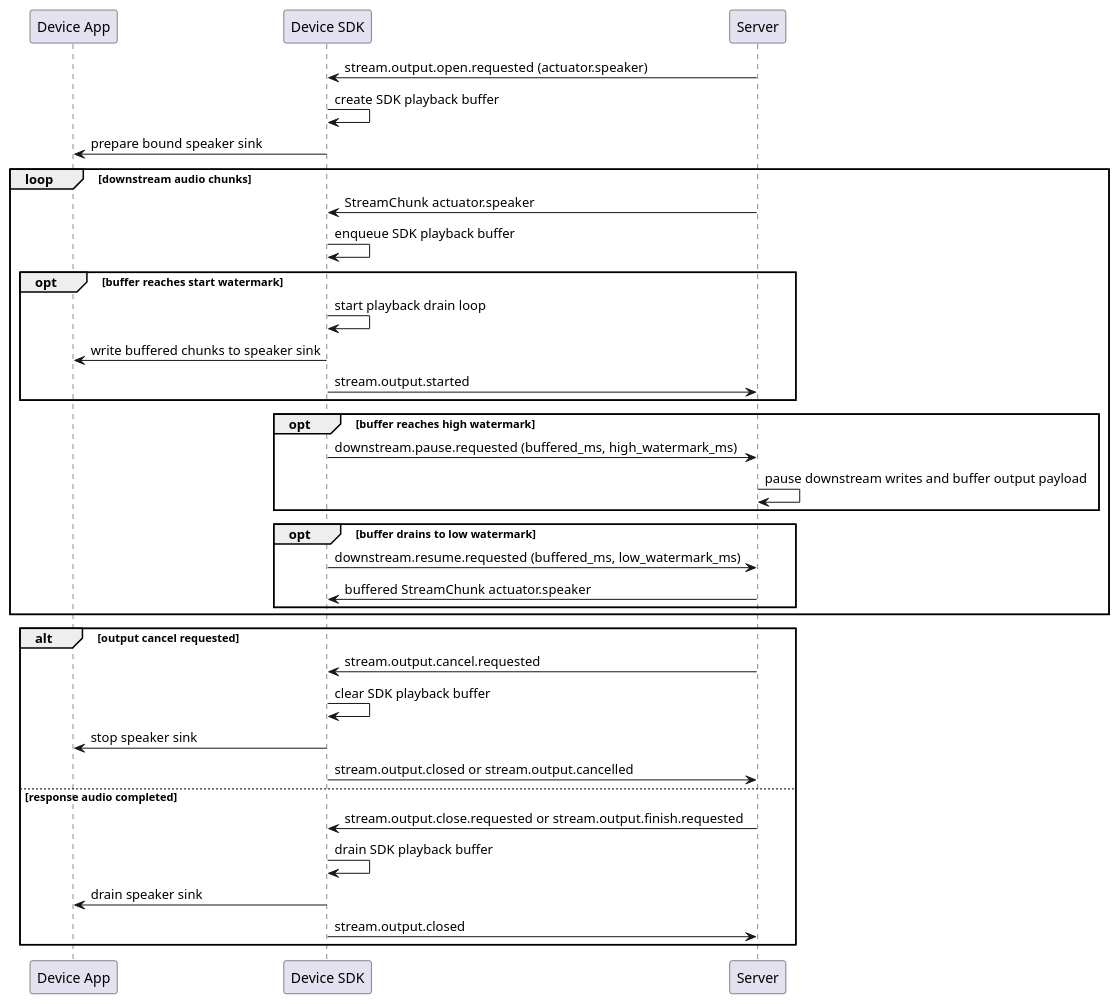
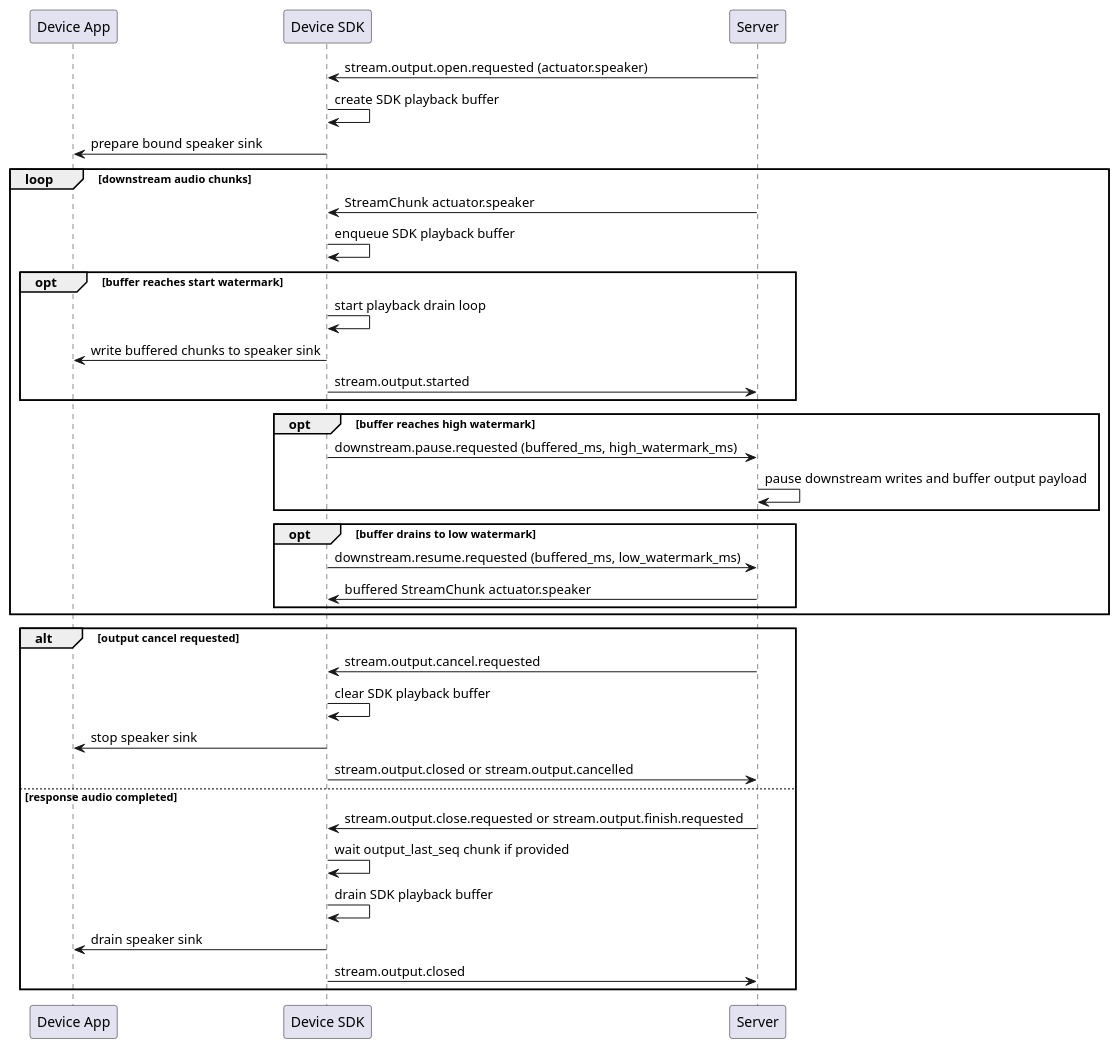
One commit to HengeLiu/RealtimeAgent changed the fourth of 6 diagrams in docs/reference/device-sdk-event-blueprint.md. Above: the diagram before and after it, drawn with PlantUML. The commit also changed 10 other files, not shown here.

````diff
--- a/docs/reference/device-sdk-event-blueprint.md
+++ b/docs/reference/device-sdk-event-blueprint.md
@@ -270,39 +270,40 @@
 ```plantuml
 @startuml
 participant "Device App" as App
 participant "Device SDK" as SDK
 participant Server
 
 Server -> SDK: stream.output.open.requested (actuator.speaker)
 SDK -> SDK: create SDK playback buffer
 SDK -> App: prepare bound speaker sink
 loop downstream audio chunks
   Server -> SDK: StreamChunk actuator.speaker
   SDK -> SDK: enqueue SDK playback buffer
   opt buffer reaches start watermark
     SDK -> SDK: start playback drain loop
     SDK -> App: write buffered chunks to speaker sink
     SDK -> Server: stream.output.started
   end
   opt buffer reaches high watermark
     SDK -> Server: downstream.pause.requested (buffered_ms, high_watermark_ms)
     Server -> Server: pause downstream writes and buffer output payload
   end
   opt buffer drains to low watermark
     SDK -> Server: downstream.resume.requested (buffered_ms, low_watermark_ms)
     Server -> SDK: buffered StreamChunk actuator.speaker
   end
 end
 alt output cancel requested
   Server -> SDK: stream.output.cancel.requested
   SDK -> SDK: clear SDK playback buffer
   SDK -> App: stop speaker sink
   SDK -> Server: stream.output.closed or stream.output.cancelled
 else response audio completed
   Server -> SDK: stream.output.close.requested or stream.output.finish.requested
+  SDK -> SDK: wait output_last_seq chunk if provided
   SDK -> SDK: drain SDK playback buffer
   SDK -> App: drain speaker sink
   SDK -> Server: stream.output.closed
 end
 @enduml
 ```
````
